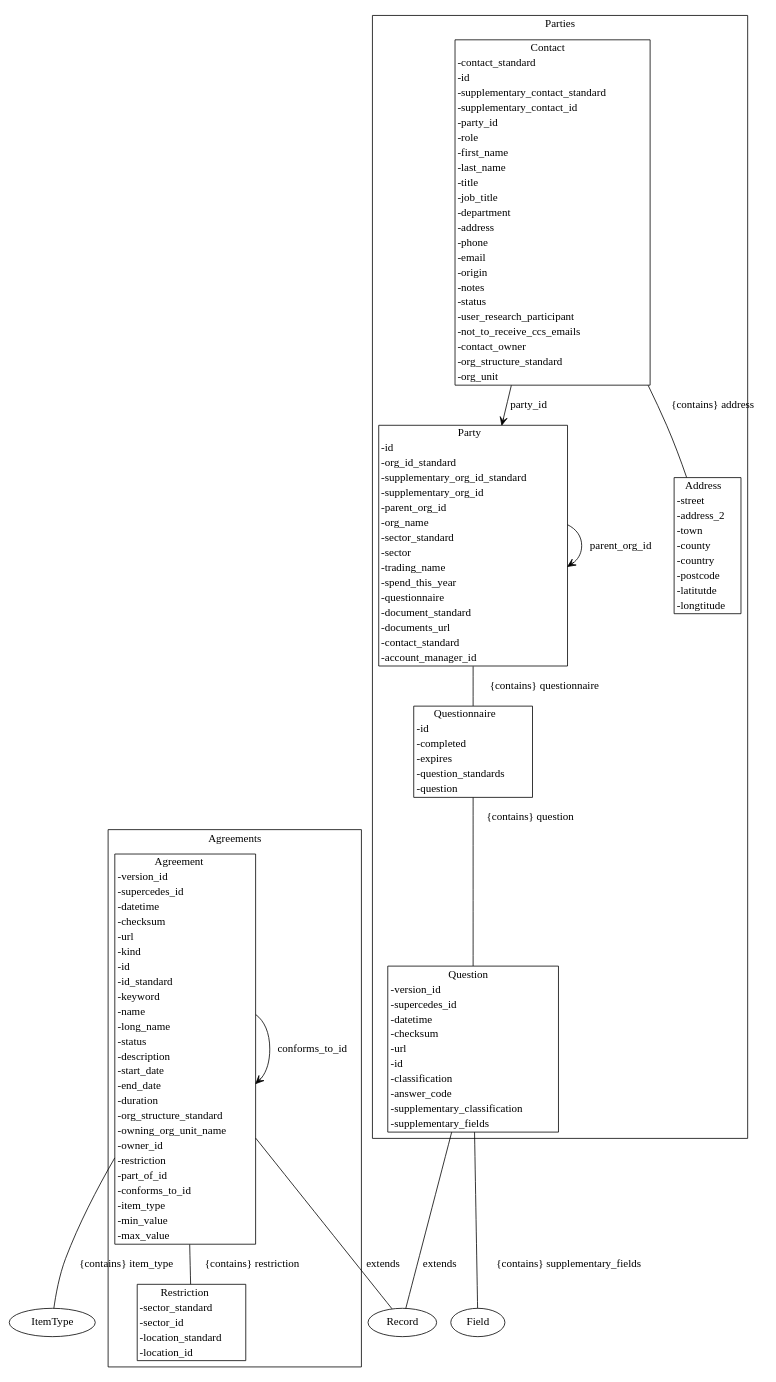
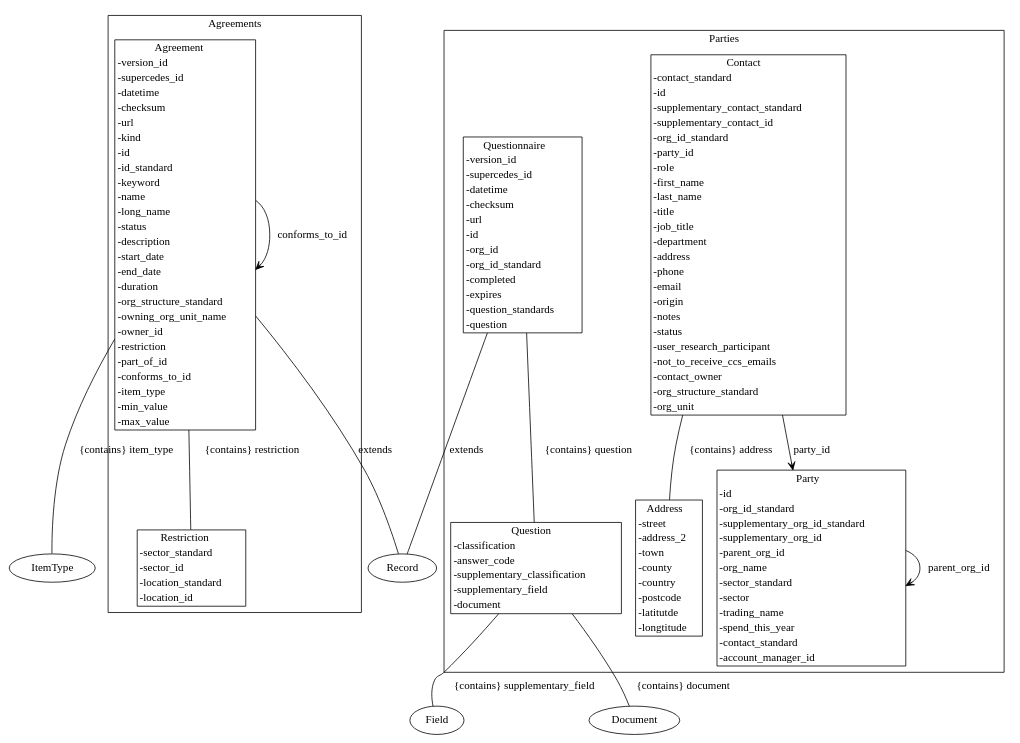
One commit to Crown-Commercial-Service/ccs-data-model changed the diagram in gen/diagrams/metamodel.dot. Above: the diagram before and after it, drawn with Graphviz. The commit also changed 45 other files, not shown here.

```diff
--- a/gen/diagrams/metamodel.dot
+++ b/gen/diagrams/metamodel.dot
@@ -1,29 +1,29 @@
 strict digraph {
 subgraph cluster_Agreements {
 node [shape=plaintext margin=0];
 label=Agreements;
 "Restriction" [label=<<table BORDER="1" CELLBORDER="0" CELLSPACING="0"><TH><TD>Restriction</TD></TH><TR><TD ALIGN="LEFT">-sector_standard</TD></TR><TR><TD ALIGN="LEFT">-sector_id</TD></TR><TR><TD ALIGN="LEFT">-location_standard</TD></TR><TR><TD ALIGN="LEFT">-location_id</TD></TR></table>>];
 "Agreement" [label=<<table BORDER="1" CELLBORDER="0" CELLSPACING="0"><TH><TD>Agreement</TD></TH><TR><TD ALIGN="LEFT">-version_id</TD></TR><TR><TD ALIGN="LEFT">-supercedes_id</TD></TR><TR><TD ALIGN="LEFT">-datetime</TD></TR><TR><TD ALIGN="LEFT">-checksum</TD></TR><TR><TD ALIGN="LEFT">-url</TD></TR><TR><TD ALIGN="LEFT">-kind</TD></TR><TR><TD ALIGN="LEFT">-id</TD></TR><TR><TD ALIGN="LEFT">-id_standard</TD></TR><TR><TD ALIGN="LEFT">-keyword</TD></TR><TR><TD ALIGN="LEFT">-name</TD></TR><TR><TD ALIGN="LEFT">-long_name</TD></TR><TR><TD ALIGN="LEFT">-status</TD></TR><TR><TD ALIGN="LEFT">-description</TD></TR><TR><TD ALIGN="LEFT">-start_date</TD></TR><TR><TD ALIGN="LEFT">-end_date</TD></TR><TR><TD ALIGN="LEFT">-duration</TD></TR><TR><TD ALIGN="LEFT">-org_structure_standard</TD></TR><TR><TD ALIGN="LEFT">-owning_org_unit_name</TD></TR><TR><TD ALIGN="LEFT">-owner_id</TD></TR><TR><TD ALIGN="LEFT">-restriction</TD></TR><TR><TD ALIGN="LEFT">-part_of_id</TD></TR><TR><TD ALIGN="LEFT">-conforms_to_id</TD></TR><TR><TD ALIGN="LEFT">-item_type</TD></TR><TR><TD ALIGN="LEFT">-min_value</TD></TR><TR><TD ALIGN="LEFT">-max_value</TD></TR></table>>];
 }
 subgraph cluster_Parties {
 node [shape=plaintext margin=0];
 label=Parties;
-"Question" [label=<<table BORDER="1" CELLBORDER="0" CELLSPACING="0"><TH><TD>Question</TD></TH><TR><TD ALIGN="LEFT">-version_id</TD></TR><TR><TD ALIGN="LEFT">-supercedes_id</TD></TR><TR><TD ALIGN="LEFT">-datetime</TD></TR><TR><TD ALIGN="LEFT">-checksum</TD></TR><TR><TD ALIGN="LEFT">-url</TD></TR><TR><TD ALIGN="LEFT">-id</TD></TR><TR><TD ALIGN="LEFT">-classification</TD></TR><TR><TD ALIGN="LEFT">-answer_code</TD></TR><TR><TD ALIGN="LEFT">-supplementary_classification</TD></TR><TR><TD ALIGN="LEFT">-supplementary_fields</TD></TR></table>>];
-"Questionnaire" [label=<<table BORDER="1" CELLBORDER="0" CELLSPACING="0"><TH><TD>Questionnaire</TD></TH><TR><TD ALIGN="LEFT">-id</TD></TR><TR><TD ALIGN="LEFT">-completed</TD></TR><TR><TD ALIGN="LEFT">-expires</TD></TR><TR><TD ALIGN="LEFT">-question_standards</TD></TR><TR><TD ALIGN="LEFT">-question</TD></TR></table>>];
-"Party" [label=<<table BORDER="1" CELLBORDER="0" CELLSPACING="0"><TH><TD>Party</TD></TH><TR><TD ALIGN="LEFT">-id</TD></TR><TR><TD ALIGN="LEFT">-org_id_standard</TD></TR><TR><TD ALIGN="LEFT">-supplementary_org_id_standard</TD></TR><TR><TD ALIGN="LEFT">-supplementary_org_id</TD></TR><TR><TD ALIGN="LEFT">-parent_org_id</TD></TR><TR><TD ALIGN="LEFT">-org_name</TD></TR><TR><TD ALIGN="LEFT">-sector_standard</TD></TR><TR><TD ALIGN="LEFT">-sector</TD></TR><TR><TD ALIGN="LEFT">-trading_name</TD></TR><TR><TD ALIGN="LEFT">-spend_this_year</TD></TR><TR><TD ALIGN="LEFT">-questionnaire</TD></TR><TR><TD ALIGN="LEFT">-document_standard</TD></TR><TR><TD ALIGN="LEFT">-documents_url</TD></TR><TR><TD ALIGN="LEFT">-contact_standard</TD></TR><TR><TD ALIGN="LEFT">-account_manager_id</TD></TR></table>>];
+"Question" [label=<<table BORDER="1" CELLBORDER="0" CELLSPACING="0"><TH><TD>Question</TD></TH><TR><TD ALIGN="LEFT">-classification</TD></TR><TR><TD ALIGN="LEFT">-answer_code</TD></TR><TR><TD ALIGN="LEFT">-supplementary_classification</TD></TR><TR><TD ALIGN="LEFT">-supplementary_field</TD></TR><TR><TD ALIGN="LEFT">-document</TD></TR></table>>];
+"Questionnaire" [label=<<table BORDER="1" CELLBORDER="0" CELLSPACING="0"><TH><TD>Questionnaire</TD></TH><TR><TD ALIGN="LEFT">-version_id</TD></TR><TR><TD ALIGN="LEFT">-supercedes_id</TD></TR><TR><TD ALIGN="LEFT">-datetime</TD></TR><TR><TD ALIGN="LEFT">-checksum</TD></TR><TR><TD ALIGN="LEFT">-url</TD></TR><TR><TD ALIGN="LEFT">-id</TD></TR><TR><TD ALIGN="LEFT">-org_id</TD></TR><TR><TD ALIGN="LEFT">-org_id_standard</TD></TR><TR><TD ALIGN="LEFT">-completed</TD></TR><TR><TD ALIGN="LEFT">-expires</TD></TR><TR><TD ALIGN="LEFT">-question_standards</TD></TR><TR><TD ALIGN="LEFT">-question</TD></TR></table>>];
+"Party" [label=<<table BORDER="1" CELLBORDER="0" CELLSPACING="0"><TH><TD>Party</TD></TH><TR><TD ALIGN="LEFT">-id</TD></TR><TR><TD ALIGN="LEFT">-org_id_standard</TD></TR><TR><TD ALIGN="LEFT">-supplementary_org_id_standard</TD></TR><TR><TD ALIGN="LEFT">-supplementary_org_id</TD></TR><TR><TD ALIGN="LEFT">-parent_org_id</TD></TR><TR><TD ALIGN="LEFT">-org_name</TD></TR><TR><TD ALIGN="LEFT">-sector_standard</TD></TR><TR><TD ALIGN="LEFT">-sector</TD></TR><TR><TD ALIGN="LEFT">-trading_name</TD></TR><TR><TD ALIGN="LEFT">-spend_this_year</TD></TR><TR><TD ALIGN="LEFT">-contact_standard</TD></TR><TR><TD ALIGN="LEFT">-account_manager_id</TD></TR></table>>];
 "Address" [label=<<table BORDER="1" CELLBORDER="0" CELLSPACING="0"><TH><TD>Address</TD></TH><TR><TD ALIGN="LEFT">-street</TD></TR><TR><TD ALIGN="LEFT">-address_2</TD></TR><TR><TD ALIGN="LEFT">-town</TD></TR><TR><TD ALIGN="LEFT">-county</TD></TR><TR><TD ALIGN="LEFT">-country</TD></TR><TR><TD ALIGN="LEFT">-postcode</TD></TR><TR><TD ALIGN="LEFT">-latitutde</TD></TR><TR><TD ALIGN="LEFT">-longtitude</TD></TR></table>>];
-"Contact" [label=<<table BORDER="1" CELLBORDER="0" CELLSPACING="0"><TH><TD>Contact</TD></TH><TR><TD ALIGN="LEFT">-contact_standard</TD></TR><TR><TD ALIGN="LEFT">-id</TD></TR><TR><TD ALIGN="LEFT">-supplementary_contact_standard</TD></TR><TR><TD ALIGN="LEFT">-supplementary_contact_id</TD></TR><TR><TD ALIGN="LEFT">-party_id</TD></TR><TR><TD ALIGN="LEFT">-role</TD></TR><TR><TD ALIGN="LEFT">-first_name</TD></TR><TR><TD ALIGN="LEFT">-last_name</TD></TR><TR><TD ALIGN="LEFT">-title</TD></TR><TR><TD ALIGN="LEFT">-job_title</TD></TR><TR><TD ALIGN="LEFT">-department</TD></TR><TR><TD ALIGN="LEFT">-address</TD></TR><TR><TD ALIGN="LEFT">-phone</TD></TR><TR><TD ALIGN="LEFT">-email</TD></TR><TR><TD ALIGN="LEFT">-origin</TD></TR><TR><TD ALIGN="LEFT">-notes</TD></TR><TR><TD ALIGN="LEFT">-status</TD></TR><TR><TD ALIGN="LEFT">-user_research_participant</TD></TR><TR><TD ALIGN="LEFT">-not_to_receive_ccs_emails</TD></TR><TR><TD ALIGN="LEFT">-contact_owner</TD></TR><TR><TD ALIGN="LEFT">-org_structure_standard</TD></TR><TR><TD ALIGN="LEFT">-org_unit</TD></TR></table>>];
+"Contact" [label=<<table BORDER="1" CELLBORDER="0" CELLSPACING="0"><TH><TD>Contact</TD></TH><TR><TD ALIGN="LEFT">-contact_standard</TD></TR><TR><TD ALIGN="LEFT">-id</TD></TR><TR><TD ALIGN="LEFT">-supplementary_contact_standard</TD></TR><TR><TD ALIGN="LEFT">-supplementary_contact_id</TD></TR><TR><TD ALIGN="LEFT">-org_id_standard</TD></TR><TR><TD ALIGN="LEFT">-party_id</TD></TR><TR><TD ALIGN="LEFT">-role</TD></TR><TR><TD ALIGN="LEFT">-first_name</TD></TR><TR><TD ALIGN="LEFT">-last_name</TD></TR><TR><TD ALIGN="LEFT">-title</TD></TR><TR><TD ALIGN="LEFT">-job_title</TD></TR><TR><TD ALIGN="LEFT">-department</TD></TR><TR><TD ALIGN="LEFT">-address</TD></TR><TR><TD ALIGN="LEFT">-phone</TD></TR><TR><TD ALIGN="LEFT">-email</TD></TR><TR><TD ALIGN="LEFT">-origin</TD></TR><TR><TD ALIGN="LEFT">-notes</TD></TR><TR><TD ALIGN="LEFT">-status</TD></TR><TR><TD ALIGN="LEFT">-user_research_participant</TD></TR><TR><TD ALIGN="LEFT">-not_to_receive_ccs_emails</TD></TR><TR><TD ALIGN="LEFT">-contact_owner</TD></TR><TR><TD ALIGN="LEFT">-org_structure_standard</TD></TR><TR><TD ALIGN="LEFT">-org_unit</TD></TR></table>>];
 }
 "Agreement" -> "Record" [label="extends" arrowhead = "none" arrowtail = "normal" ];
 "Agreement" -> "Restriction" [label="{contains} restriction" arrowhead = "none" arrowtail = "diamond" ];
 "Agreement" -> "Agreement" [label="part_of_id" arrowhead = "open" arrowtail = "none" ];
 "Agreement" -> "Agreement" [label="conforms_to_id" arrowhead = "open" arrowtail = "none" ];
 "Agreement" -> "ItemType" [label="{contains} item_type" arrowhead = "none" arrowtail = "diamond" ];
-"Question" -> "Record" [label="extends" arrowhead = "none" arrowtail = "normal" ];
-"Question" -> "Field" [label="{contains} supplementary_fields" arrowhead = "none" arrowtail = "diamond" ];
+"Question" -> "Field" [label="{contains} supplementary_field" arrowhead = "none" arrowtail = "diamond" ];
+"Question" -> "Document" [label="{contains} document" arrowhead = "none" arrowtail = "diamond" ];
+"Questionnaire" -> "Record" [label="extends" arrowhead = "none" arrowtail = "normal" ];
 "Questionnaire" -> "Question" [label="{contains} question" arrowhead = "none" arrowtail = "diamond" ];
 "Party" -> "Party" [label="parent_org_id" arrowhead = "open" arrowtail = "none" ];
-"Party" -> "Questionnaire" [label="{contains} questionnaire" arrowhead = "none" arrowtail = "diamond" ];
 "Contact" -> "Party" [label="party_id" arrowhead = "open" arrowtail = "none" ];
 "Contact" -> "Address" [label="{contains} address" arrowhead = "none" arrowtail = "diamond" ];
 }
```
